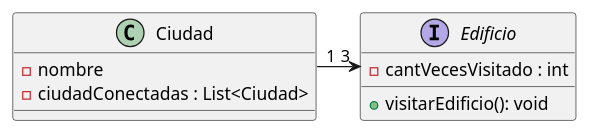
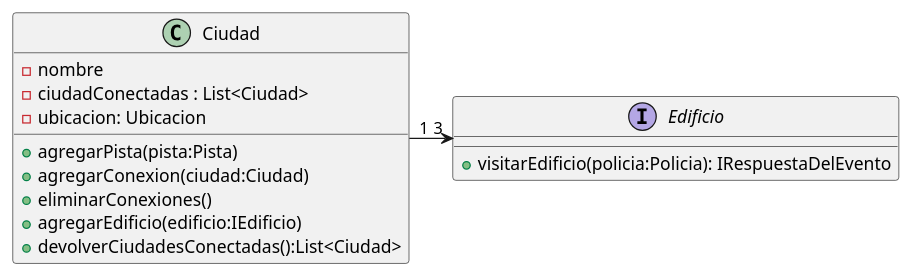
One commit to SeleneMartinez/Algo3_AlgoThief changed the diagram in diagrams/classes/dc_ciudad.plantuml. Above: the diagram before and after it, drawn with PlantUML. The commit also changed 1 other file, not shown here.

Commit message:
correccion dc_ciudad

```diff
--- a/diagrams/classes/dc_ciudad.plantuml
+++ b/diagrams/classes/dc_ciudad.plantuml
@@ -1,14 +1,19 @@
 @startuml
 class Ciudad
 {
     - nombre
     - ciudadConectadas : List<Ciudad>
+    - ubicacion: Ubicacion
+    + agregarPista(pista:Pista)
+    + agregarConexion(ciudad:Ciudad)
+    + eliminarConexiones()
+    + agregarEdificio(edificio:IEdificio)
+    + devolverCiudadesConectadas():List<Ciudad>
 }
 interface Edificio
 {
-    -cantVecesVisitado : int
-    + visitarEdificio(): void
+    + visitarEdificio(policia:Policia): IRespuestaDelEvento
 }
 
 Ciudad "1"-> "3"  Edificio
 @enduml
```
